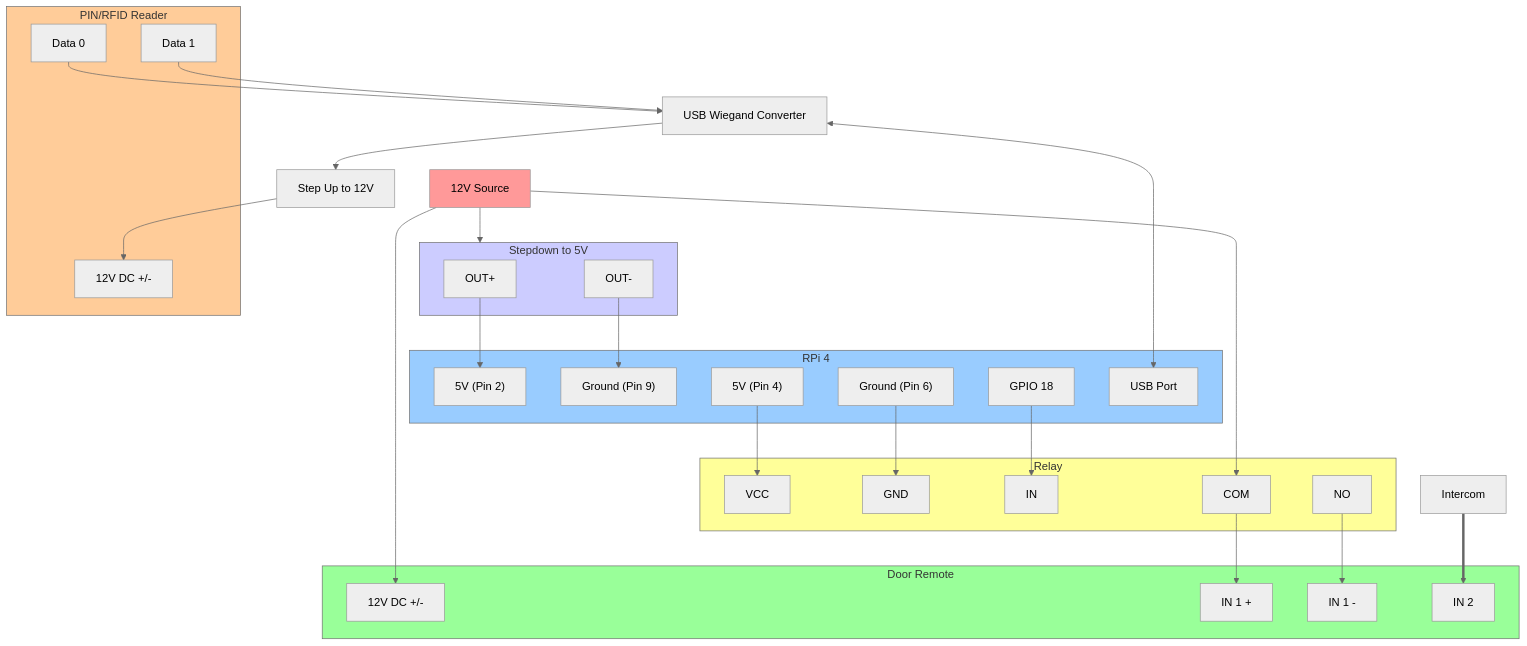
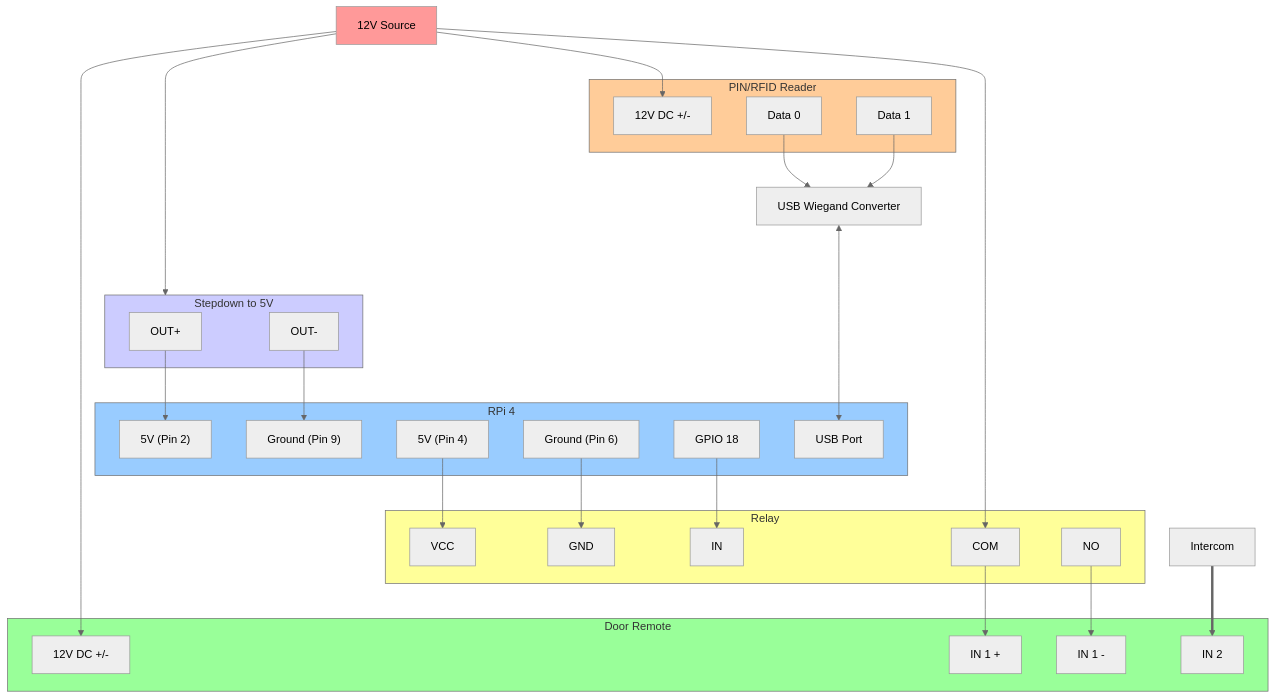
One commit to jonasjancarik/anlok changed the diagram in services/access-api/README.md. Above: the diagram before and after it, drawn with Mermaid (neutral theme). The commit also changed other lines of this file, not shown here.

Commit message:
Power the reader from the 12V source in the wiring diagram
The diagram fed the PIN/RFID reader from the Pi's USB port through the
Wiegand converter and a 12V step-up, which loads the Pi's 5V rail and can
cause undervoltage. The reader now takes 12V straight from the source and
the step-up is gone. The accompanying text recommends this wiring instead
of mentioning it as an option.

````diff
--- a/services/access-api/README.md
+++ b/services/access-api/README.md
@@ -41,55 +41,53 @@
 ```mermaid
 flowchart TD
   subgraph doorRemote["Door Remote"]
         drPower["12V DC +/-"]
         drIn1Pos["IN 1 +"]
         drIn1Neg["IN 1 -"]
         drIn2["IN 2"]
   end
   subgraph rpi["RPi 4"]
         rpi5vPin2["5V (Pin 2)"]
         rpiGndPin9["Ground (Pin 9)"]
         rpiGndPin6["Ground (Pin 6)"]
         rpiGPIO18["GPIO 18"]
         rpi5vPin4["5V (Pin 4)"]
         rpiUSB["USB Port"]
   end
   subgraph dcDc5V["Stepdown to 5V"]
         sdOutPos["OUT+"]
         sdOutNeg["OUT-"]
   end
   subgraph relay["Relay"]
         relayVcc["VCC"]
         relayGnd["GND"]
         relayIn["IN"]
         relayCom["COM"]
         relayNo["NO"]
   end
   subgraph pinRfid["PIN/RFID Reader"]
         reader12V["12V DC +/-"]
         readerData0["Data 0"]
         readerData1["Data 1"]
   end
 
-    src12V["12V Source"] --> dcDc5V & drPower & relayCom
+    src12V["12V Source"] --> dcDc5V & drPower & relayCom & reader12V
     sdOutPos --> rpi5vPin2
     sdOutNeg --> rpiGndPin9
     rpiGndPin6 --> relayGnd
     rpiGPIO18 --> relayIn
     usbWiegand["USB Wiegand Converter"] <----> rpiUSB
-    usbWiegand --> stepUp12V["Step Up to 12V"]
-    stepUp12V --> reader12V
     intercom["Intercom"] ==> drIn2
     readerData0 --> usbWiegand
     readerData1 --> usbWiegand
     relayCom --> drIn1Pos
     relayNo --> drIn1Neg
     rpi5vPin4 --> relayVcc
 
     style src12V fill:#ff9999
     style dcDc5V fill:#ccccff
     style rpi fill:#99ccff
     style pinRfid fill:#ffcc99
     style doorRemote fill:#99ff99
     style relay fill:#ffff99
 ```
````
